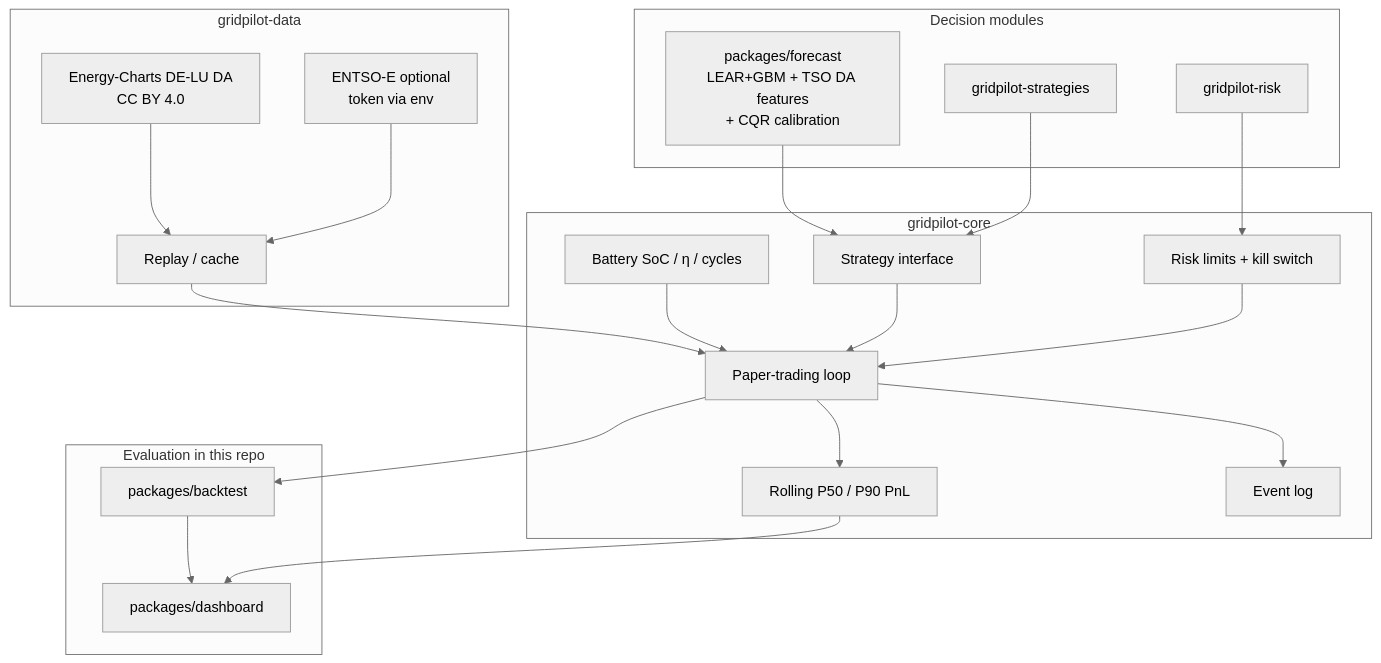
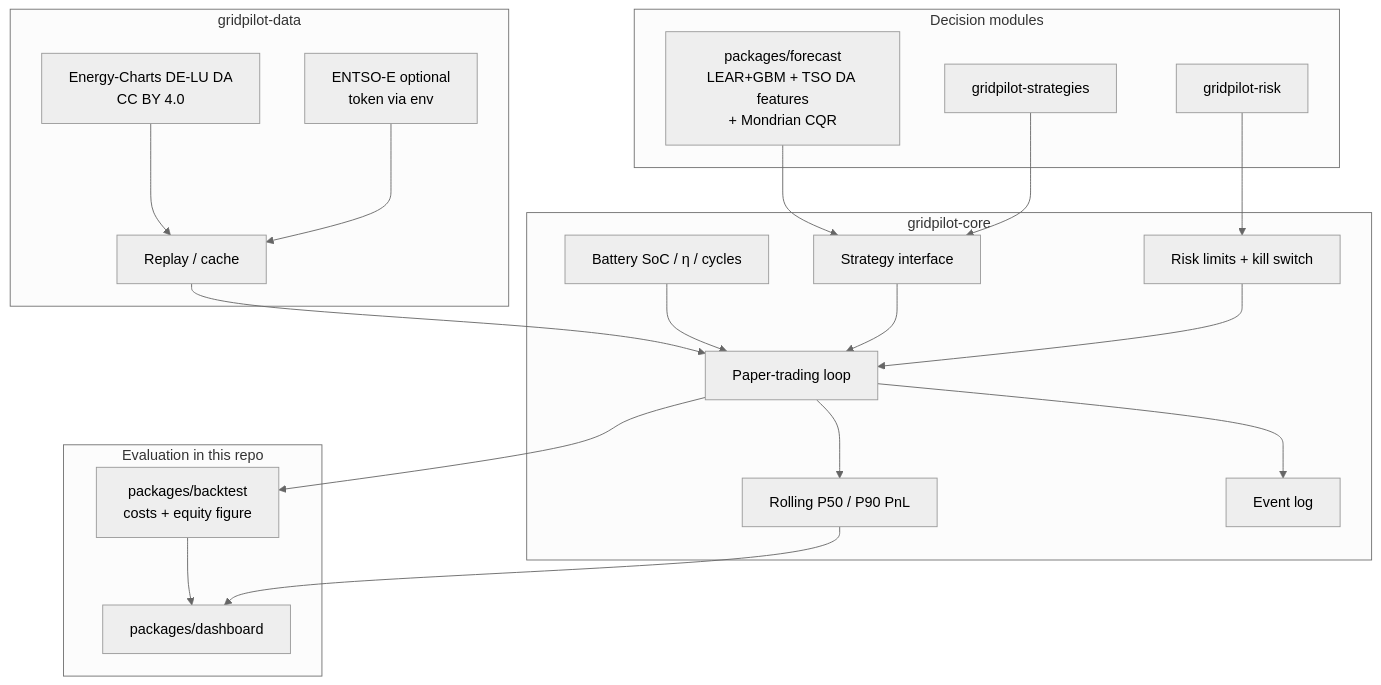
The diagram in README.md (DataWithSyed/gridpilot), drawn with Mermaid (neutral theme) before and after one commit. The commit also changed other lines of this file and 22 other files, not shown here.

First line of the commit message:
Add paper fees/slippage/degradation, Mondrian CQR, and equity curves

````diff
--- a/README.md
+++ b/README.md
@@ -15,43 +15,43 @@
 ```mermaid
 flowchart TB
   subgraph data [gridpilot-data]
     EC[Energy-Charts DE-LU DA<br/>CC BY 4.0]
     ENTSO[ENTSO-E optional<br/>token via env]
     Replay[Replay / cache]
   end
 
   subgraph core [gridpilot-core]
     Batt[Battery SoC / η / cycles]
     StratIF[Strategy interface]
     RiskCore[Risk limits + kill switch]
     Paper[Paper-trading loop]
     Pctl[Rolling P50 / P90 PnL]
     Log[Event log]
   end
 
   subgraph brain [Decision modules]
-    FC["packages/forecast<br/>LEAR+GBM + TSO DA features<br/>+ CQR calibration"]
+    FC["packages/forecast<br/>LEAR+GBM + TSO DA features<br/>+ Mondrian CQR"]
     STR[gridpilot-strategies]
     RSK[gridpilot-risk]
   end
 
   subgraph eval [Evaluation in this repo]
-    BT[packages/backtest]
+    BT["packages/backtest<br/>costs + equity figure"]
     UI[packages/dashboard]
   end
 
   EC --> Replay
   ENTSO --> Replay
   Replay --> Paper
   Batt --> Paper
   StratIF --> Paper
   RiskCore --> Paper
   Paper --> Log
   Paper --> Pctl
   FC --> StratIF
   STR --> StratIF
   RSK --> RiskCore
   Paper --> BT
   BT --> UI
   Pctl --> UI
 ```
````
